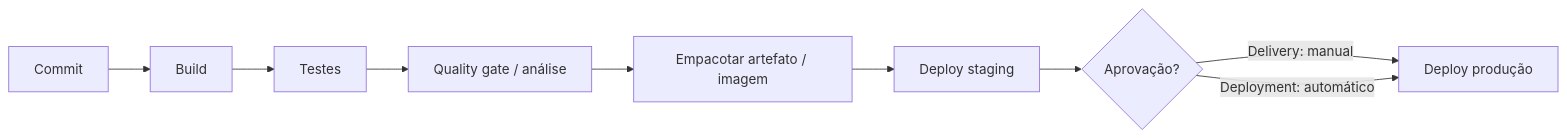
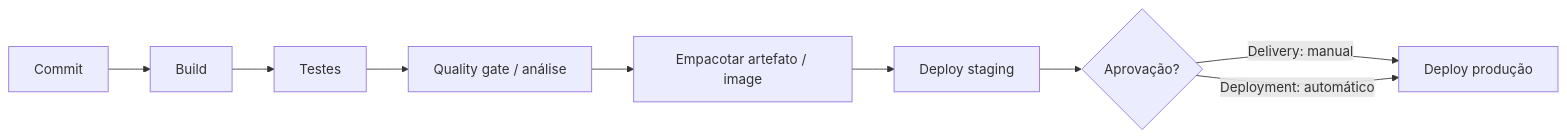
The diagram in 06-docker-k8s-cicd-azure/ci-cd.md (paulo673/software-engineer-reviews), drawn with Mermaid before and after one commit. The commit also changed other lines of this file and 87 other files, not shown here.

````diff
--- a/06-docker-k8s-cicd-azure/ci-cd.md
+++ b/06-docker-k8s-cicd-azure/ci-cd.md
@@ -120,11 +120,11 @@
 ```mermaid
 flowchart LR
     COM[Commit] --> B[Build]
     B --> T[Testes]
     T --> Q[Quality gate / análise]
-    Q --> A[Empacotar artefato / imagem]
+    Q --> A[Empacotar artefato / image]
     A --> S[Deploy staging]
     S --> G{Aprovação?}
     G -->|Delivery: manual| PROD[Deploy produção]
     G -->|Deployment: automático| PROD
 ```
````
